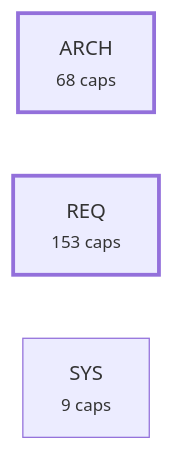
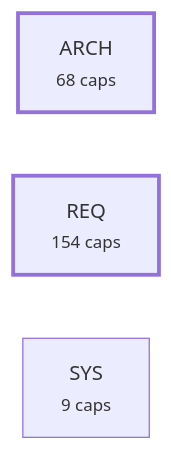
The fourth of 5 diagrams in plugin/requirements/_map.md (alxmax/Requirement-manager), drawn with Mermaid before and after one commit. The commit also changed other lines of this file and 8 other files, not shown here.

````diff
--- a/plugin/requirements/_map.md
+++ b/plugin/requirements/_map.md
@@ -941,8 +942,8 @@
 ```mermaid
 graph LR
   a_ARCH["ARCH<br><small>68 caps</small>"]
-  a_REQ["REQ<br><small>153 caps</small>"]
+  a_REQ["REQ<br><small>154 caps</small>"]
   a_SYS["SYS<br><small>9 caps</small>"]
   style a_ARCH stroke-width:3px
   style a_REQ stroke-width:3px
 ```
````
